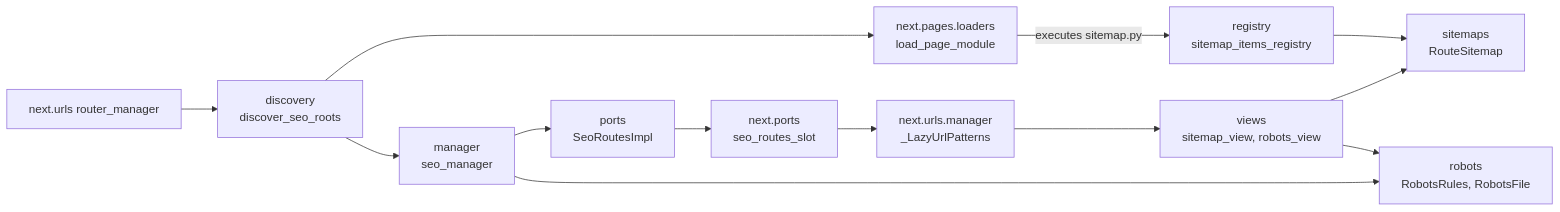
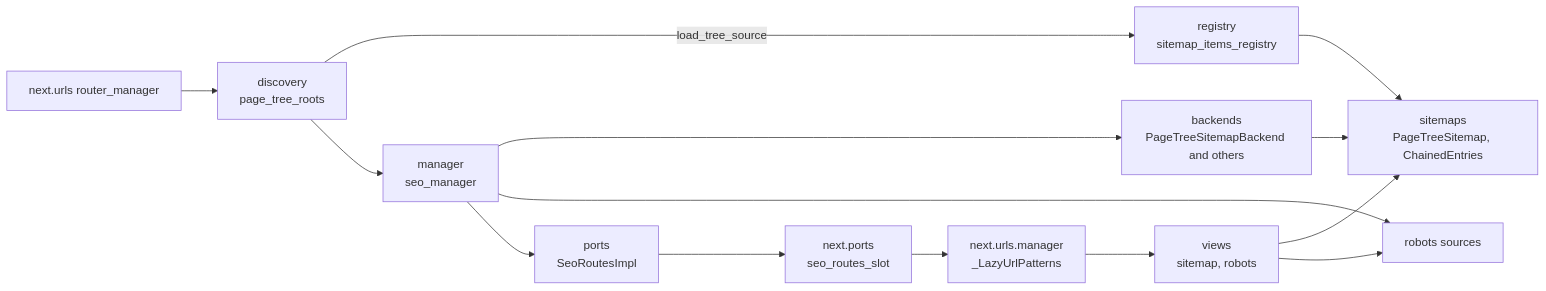
Before and after one commit to next-dj/next-dj: the second of 2 diagrams in docs/content/internals/seo-pipeline.rst, drawn with Mermaid. The commit also changed other lines of this file and 637 other files, not shown here.

Commit message:
feat(seo): site config, response caching, lazy CSRF, scripts and consent on the page tree

```diff
--- a/docs/content/internals/seo-pipeline.rst
+++ b/docs/content/internals/seo-pipeline.rst
@@ -15,15 +86,16 @@
 .. mermaid::
 
    flowchart LR
-       Router["next.urls router_manager"] --> Discovery["discovery<br/>discover_seo_roots"]
-       Discovery --> Loader["next.pages.loaders<br/>load_page_module"]
-       Loader -- "executes sitemap.py" --> Registry["registry<br/>sitemap_items_registry"]
+       Router["next.urls router_manager"] --> Discovery["discovery<br/>page_tree_roots"]
+       Discovery -- "load_tree_source" --> Registry["registry<br/>sitemap_items_registry"]
        Discovery --> Manager["manager<br/>seo_manager"]
+       Manager --> Backends["backends<br/>PageTreeSitemapBackend and others"]
+       Backends --> Sitemaps["sitemaps<br/>PageTreeSitemap, ChainedEntries"]
+       Registry --> Sitemaps
+       Manager --> Sources["robots sources"]
        Manager --> Ports["ports<br/>SeoRoutesImpl"]
        Ports --> Slot["next.ports<br/>seo_routes_slot"]
        Slot --> Lazy["next.urls.manager<br/>_LazyUrlPatterns"]
-       Lazy --> Views["views<br/>sitemap_view, robots_view"]
-       Views --> Sitemaps["sitemaps<br/>RouteSitemap"]
-       Registry --> Sitemaps
-       Views --> Robots["robots<br/>RobotsRules, RobotsFile"]
-       Manager --> Robots
+       Lazy --> Views["views<br/>sitemap, robots"]
+       Views --> Sitemaps
+       Views --> Sources
```
